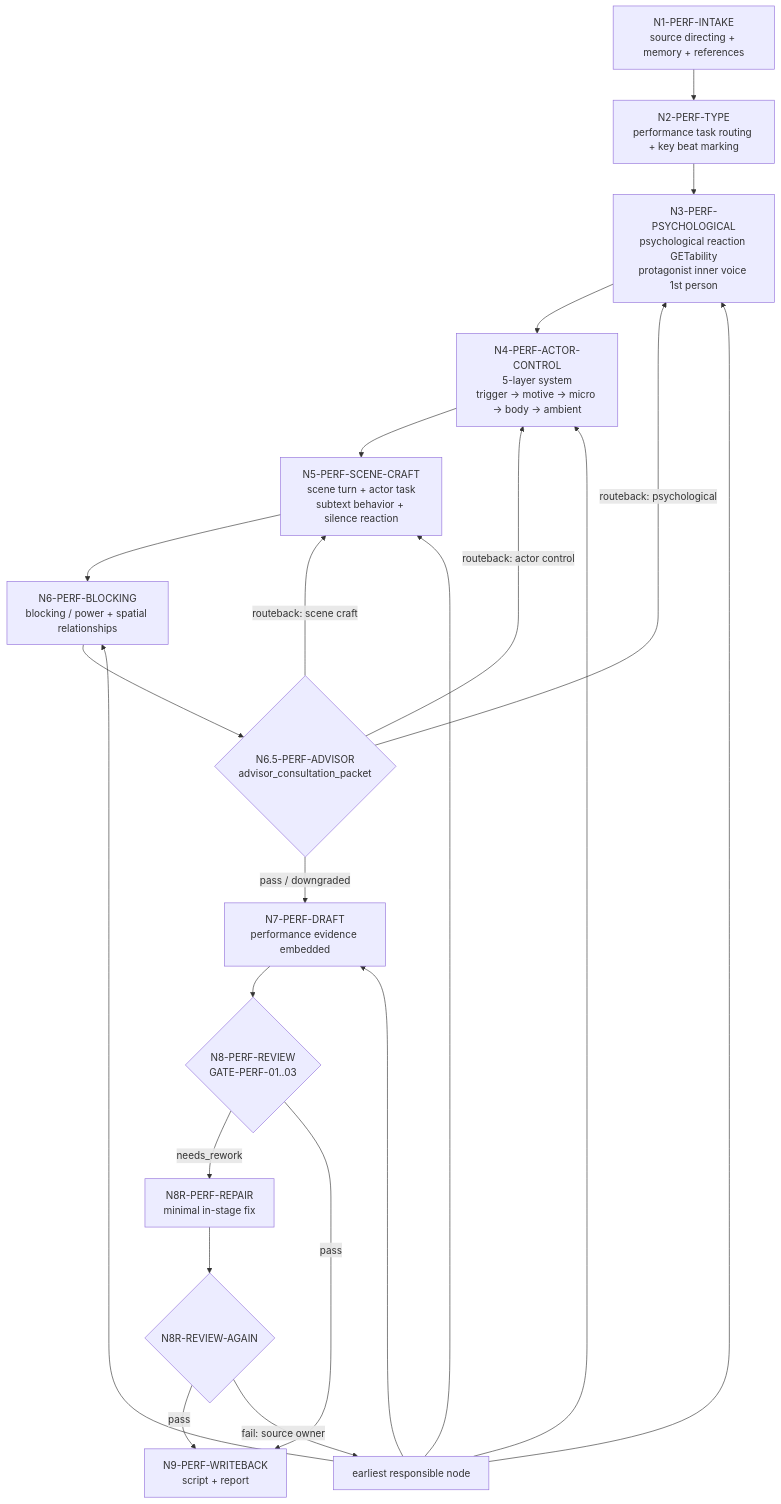
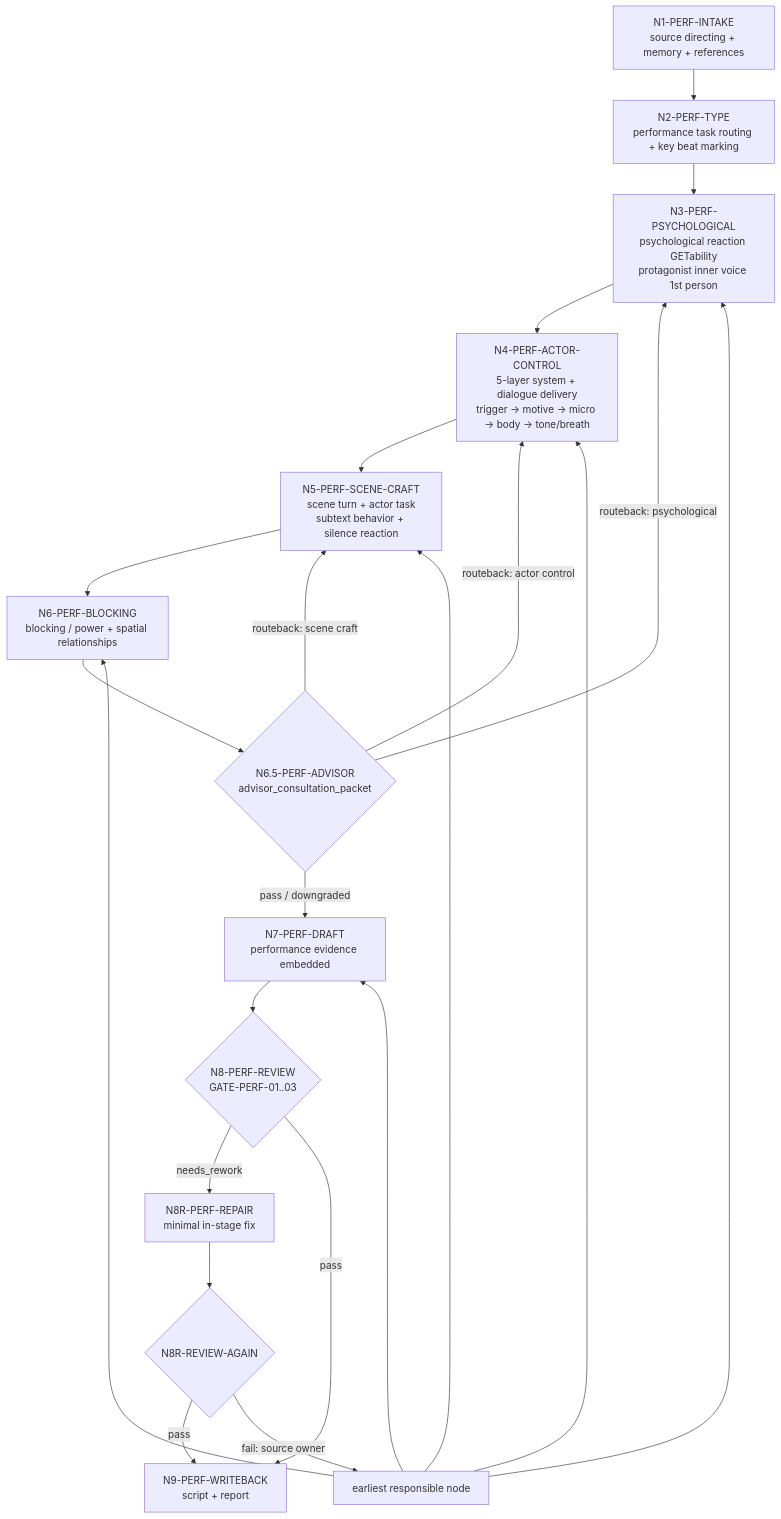
The first of 2 diagrams in .agents/skills/aigc/4-表演/steps/directing-workflow.md (ZEN-VOID/AI-CUT), drawn with Mermaid before and after one commit. The commit also changed other lines of this file and 86 other files, not shown here.

````diff
--- a/.agents/skills/aigc/4-表演/steps/directing-workflow.md
+++ b/.agents/skills/aigc/4-表演/steps/directing-workflow.md
@@ -145,24 +147,24 @@
 ```mermaid
 flowchart TD
     A["N1-PERF-INTAKE\nsource directing + memory + references"] --> B["N2-PERF-TYPE\nperformance task routing + key beat marking"]
     B --> D["N3-PERF-PSYCHOLOGICAL\npsychological reaction GETability\nprotagonist inner voice 1st person"]
-    D --> E["N4-PERF-ACTOR-CONTROL\n5-layer system\ntrigger -> motive -> micro -> body -> ambient"]
+    D --> E["N4-PERF-ACTOR-CONTROL\n5-layer system + dialogue delivery\ntrigger -> motive -> micro -> body -> tone/breath"]
     E --> F["N5-PERF-SCENE-CRAFT\nscene turn + actor task\nsubtext behavior + silence reaction"]
     F --> G["N6-PERF-BLOCKING\nblocking / power + spatial relationships"]
     G --> AD{"N6.5-PERF-ADVISOR\nadvisor_consultation_packet"}
     AD -->|"routeback: psychological"| D
     AD -->|"routeback: actor control"| E
     AD -->|"routeback: scene craft"| F
     AD -->|"pass / downgraded"| H["N7-PERF-DRAFT\nperformance evidence embedded"]
     H --> R{"N8-PERF-REVIEW\nGATE-PERF-01..03"}
     R -->|"needs_rework"| RR["N8R-PERF-REPAIR\nminimal in-stage fix"]
     RR --> R2{"N8R-REVIEW-AGAIN"}
     R2 -->|"pass"| W["N9-PERF-WRITEBACK\nscript + report"]
     R2 -->|"fail: source owner"| BACK["earliest responsible node"]
     BACK --> D
     BACK --> E
     BACK --> F
     BACK --> G
     BACK --> H
     R -->|"pass"| W
 ```
````
